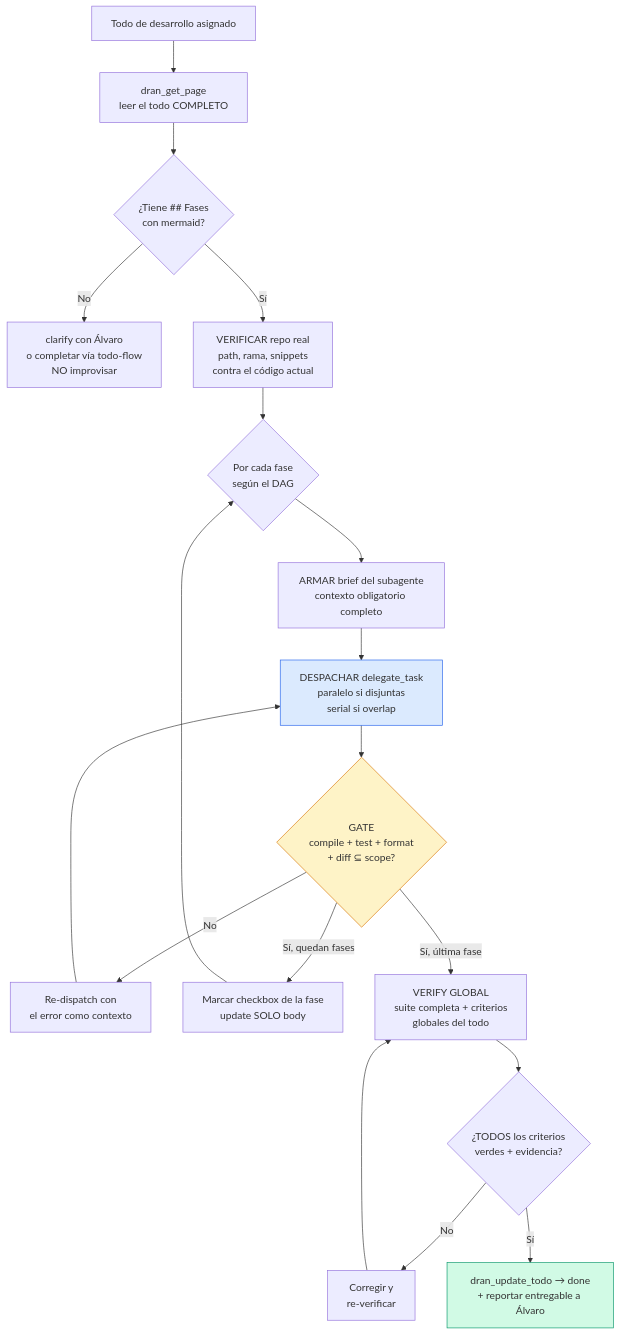
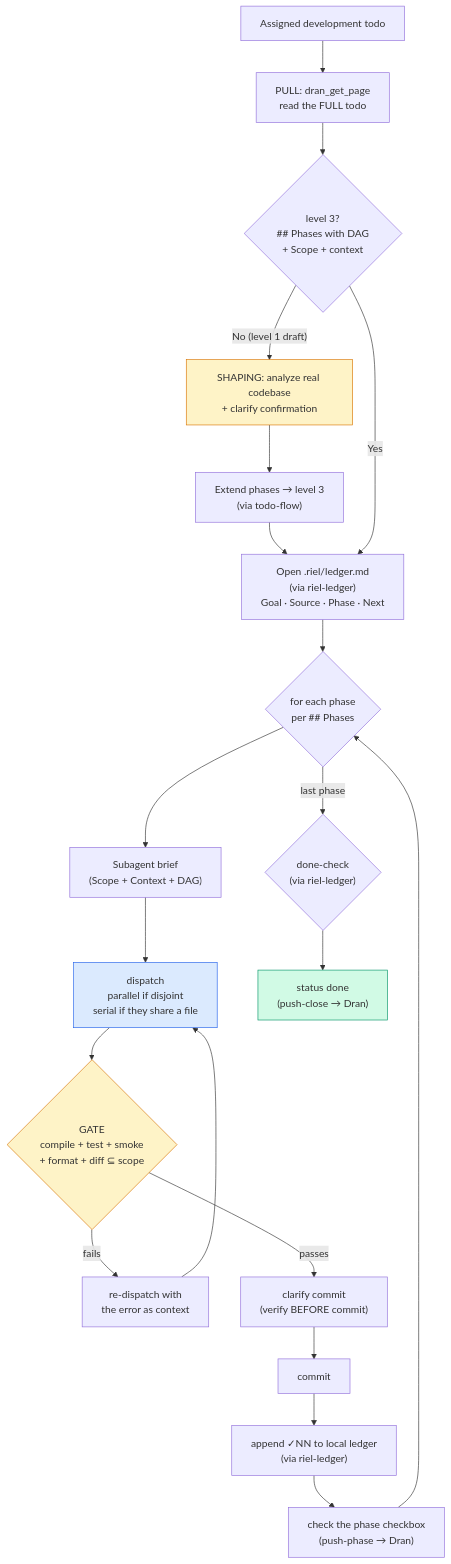
Before and after one commit to alvarolizama/dran: the second of 2 diagrams in skills/coder-flow/SKILL.md, drawn with Mermaid. The commit also changed other lines of this file and 11 other files, not shown here.

Commit message:
feat: traducir skills de dran al inglés (9 flows + dran + references)

````diff
--- a/skills/coder-flow/SKILL.md
+++ b/skills/coder-flow/SKILL.md
@@ -36,24 +52,27 @@
 ```mermaid
 flowchart TD
-  START[Todo de desarrollo asignado] --> READ["dran_get_page\nleer el todo COMPLETO"]
-  READ --> PARSE{"¿Tiene ## Fases\ncon mermaid?"}
-  PARSE -->|No| ASK["clarify con Álvaro\no completar vía todo-flow\nNO improvisar"]
-  PARSE -->|Sí| REPO["VERIFICAR repo real\npath, rama, snippets\ncontra el código actual"]
-  REPO --> LOOP{"Por cada fase\nsegún el DAG"}
-  LOOP --> BRIEF["ARMAR brief del subagente\ncontexto obligatorio completo"]
-  BRIEF --> DISPATCH["DESPACHAR delegate_task\nparalelo si disjuntas\nserial si overlap"]
-  DISPATCH --> GATE{"GATE\ncompile + test + format\n+ diff ⊆ scope?"}
-  GATE -->|No| REDISPATCH["Re-dispatch con\nel error como contexto"]
+  START[Assigned development todo] --> PULL["PULL: dran_get_page\nread the FULL todo"]
+  PULL --> SHAPE{"level 3?\n## Phases with DAG\n+ Scope + context"}
+  SHAPE -->|"No (level 1 draft)"| DISCOVER["SHAPING: analyze real codebase\n+ clarify confirmation"]
+  DISCOVER --> EXTEND["Extend phases → level 3\n(via todo-flow)"]
+  EXTEND --> LEDGER
+  SHAPE -->|"Yes"| LEDGER["Open .riel/ledger.md\n(via riel-ledger)\nGoal · Source · Phase · Next"]
+  LEDGER --> LOOP{"for each phase\nper ## Phases"}
+  LOOP --> BRIEF["Subagent brief\n(Scope + Context + DAG)"]
+  BRIEF --> DISPATCH["dispatch\nparallel if disjoint\nserial if they share a file"]
+  DISPATCH --> GATE{"GATE\ncompile + test + smoke\n+ format + diff ⊆ scope"}
+  GATE -->|"fails"| REDISPATCH["re-dispatch with\nthe error as context"]
   REDISPATCH --> DISPATCH
-  GATE -->|"Sí, quedan fases"| CHECK["Marcar checkbox de la fase\nupdate SOLO body"]
+  GATE -->|"passes"| CONFIRM["clarify commit\n(verify BEFORE commit)"]
+  CONFIRM --> COMMIT["commit"]
+  COMMIT --> VNN["append ✓NN to local ledger\n(via riel-ledger)"]
+  VNN --> CHECK["check the phase checkbox\n(push-phase → Dran)"]
   CHECK --> LOOP
-  GATE -->|"Sí, última fase"| GLOBAL["VERIFY GLOBAL\nsuite completa + criterios\nglobales del todo"]
-  GLOBAL --> ALLDONE{"¿TODOS los criterios\nverdes + evidencia?"}
-  ALLDONE -->|No| FIX["Corregir y\nre-verificar"]
-  FIX --> GLOBAL
-  ALLDONE -->|Sí| DONE["dran_update_todo → done\n+ reportar entregable a Álvaro"]
+  LOOP -->|"last phase"| DONE{"done-check\n(via riel-ledger)"}
+  DONE --> CLOSE["status done\n(push-close → Dran)"]
 
+  style DISCOVER fill:#fef3c7,stroke:#d97706
   style DISPATCH fill:#dbeafe,stroke:#2563eb
   style GATE fill:#fef3c7,stroke:#d97706
-  style DONE fill:#d1fae5,stroke:#059669
+  style CLOSE fill:#d1fae5,stroke:#059669
 ```
````
